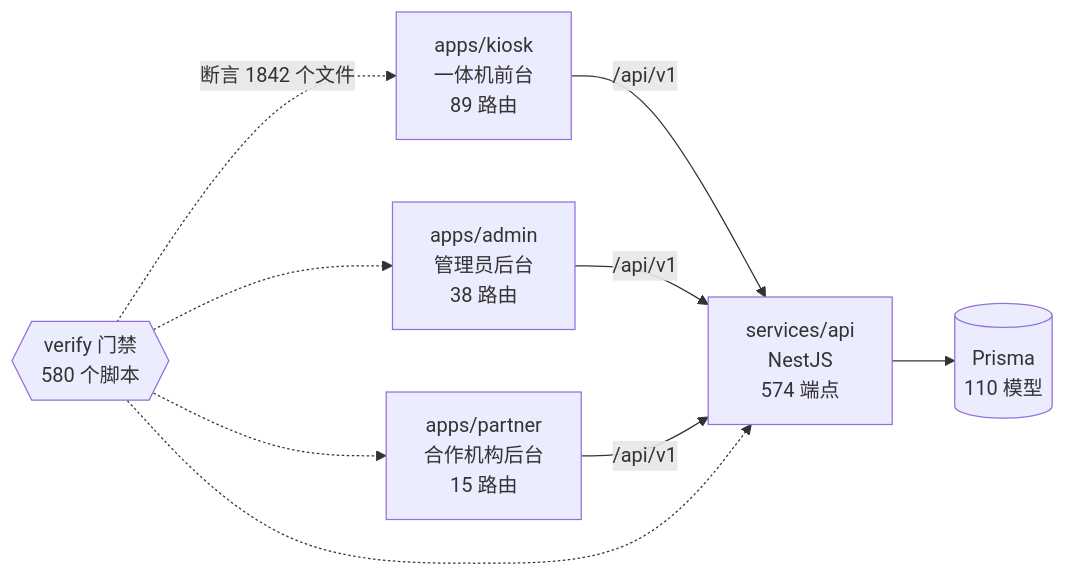
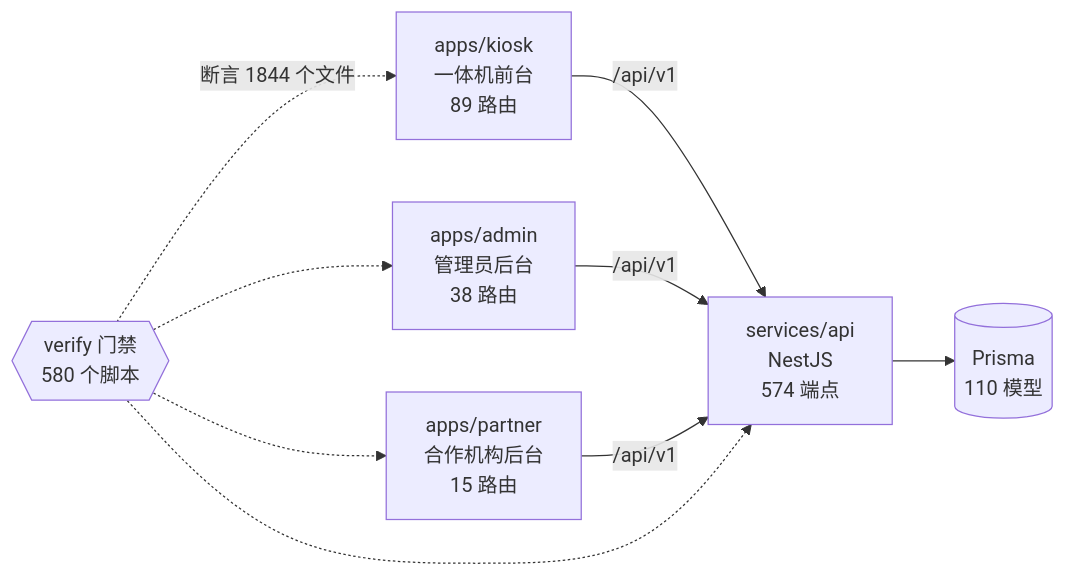
One commit to wanglei581/YITIJI changed the diagram in docs/graph/README.md. Above: the diagram before and after it, drawn with Mermaid. The commit also changed other lines of this file and 6 other files, not shown here.

````diff
--- a/docs/graph/README.md
+++ b/docs/graph/README.md
@@ -68,18 +68,18 @@
 ```mermaid
 flowchart LR
   kiosk["apps/kiosk<br/>一体机前台<br/>89 路由"]
   admin["apps/admin<br/>管理员后台<br/>38 路由"]
   partner["apps/partner<br/>合作机构后台<br/>15 路由"]
   api["services/api<br/>NestJS<br/>574 端点"]
   db[("Prisma<br/>110 模型")]
   gates{{"verify 门禁<br/>580 个脚本"}}
 
   kiosk -->|"/api/v1"| api
   admin -->|"/api/v1"| api
   partner -->|"/api/v1"| api
   api --> db
-  gates -.->|"断言 1842 个文件"| kiosk
+  gates -.->|"断言 1844 个文件"| kiosk
   gates -.-> admin
   gates -.-> partner
   gates -.-> api
 ```
````
